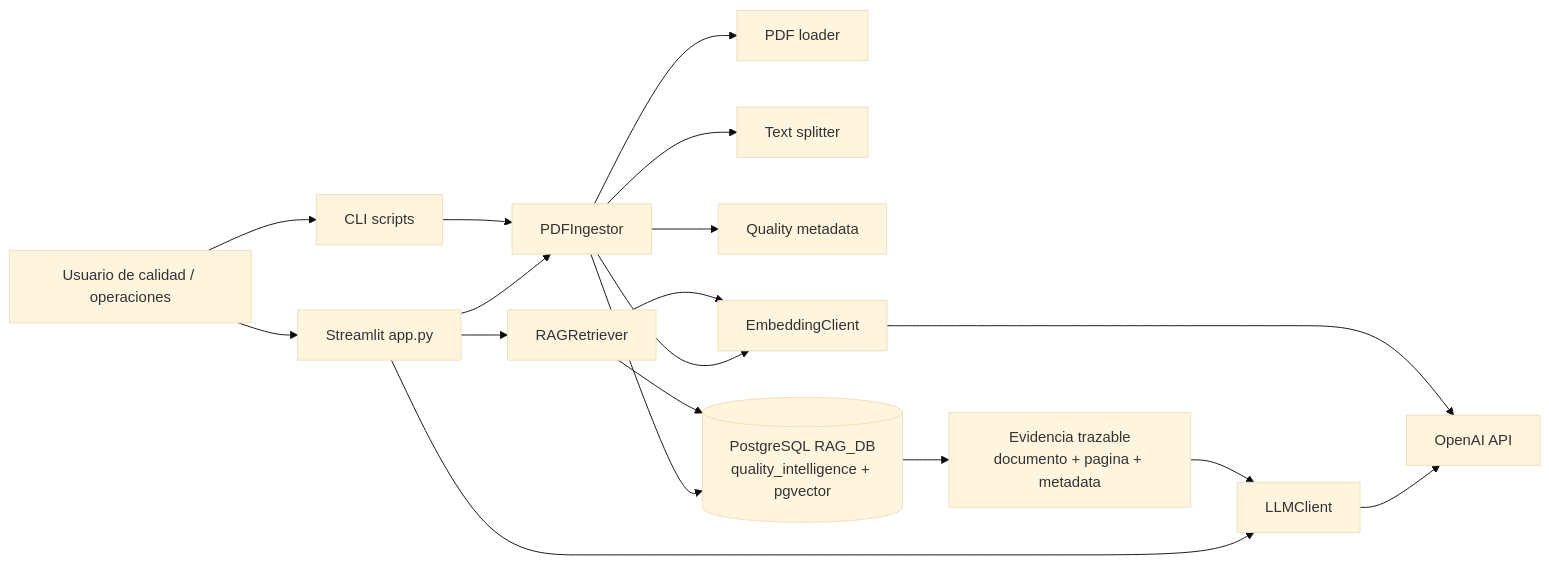
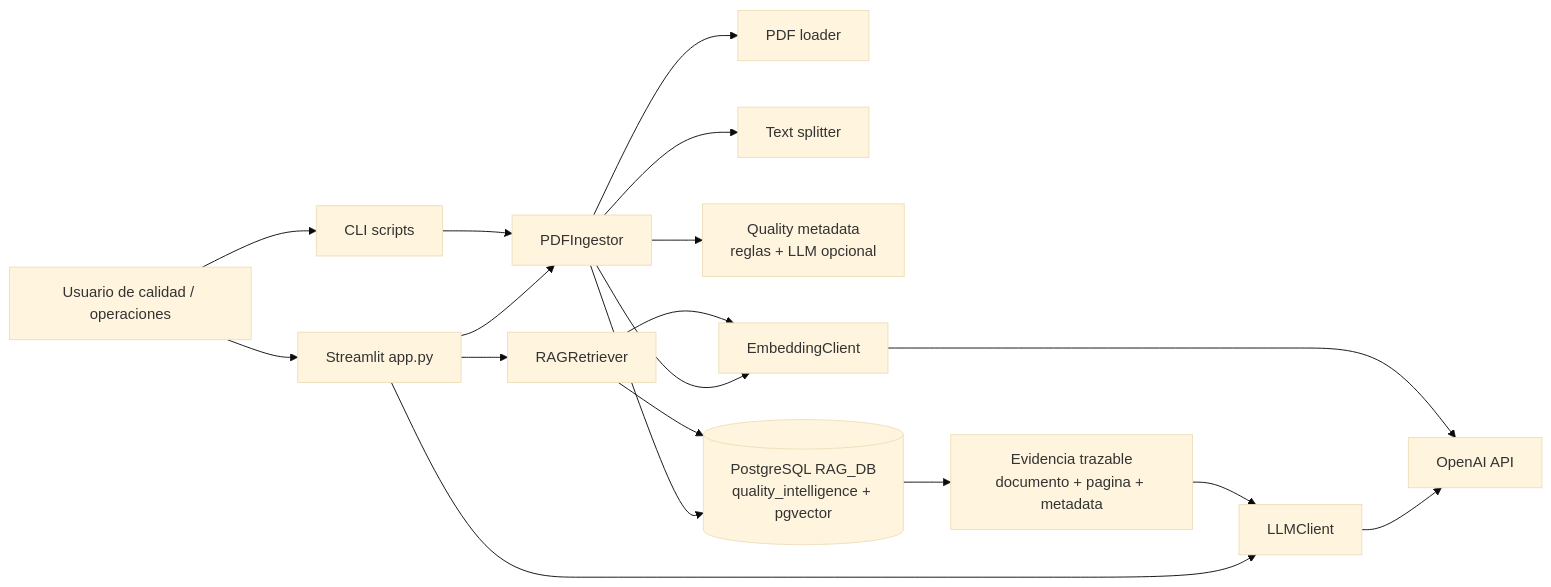
Before and after one commit to fjgonzalezmgt/RAG_QA: the first of 2 diagrams in README.md, drawn with Mermaid (base theme). The commit also changed other lines of this file and 11 other files, not shown here.

````diff
--- a/README.md
+++ b/README.md
@@ -201,24 +212,24 @@
 ```mermaid
 flowchart LR
     U["Usuario de calidad / operaciones"] --> ST["Streamlit app.py"]
     U --> CLI["CLI scripts"]
 
     ST --> ING["PDFIngestor"]
     ST --> RET["RAGRetriever"]
     ST --> LLM["LLMClient"]
     CLI --> ING
 
     ING --> PDF["PDF loader"]
     ING --> SPL["Text splitter"]
-    ING --> META["Quality metadata"]
+    ING --> META["Quality metadata<br/>reglas + LLM opcional"]
     ING --> EMB["EmbeddingClient"]
     ING --> PG[("PostgreSQL RAG_DB<br/>quality_intelligence + pgvector")]
 
     RET --> EMB
     RET --> PG
     LLM --> OAI["OpenAI API"]
     EMB --> OAI
 
     PG --> EV["Evidencia trazable<br/>documento + pagina + metadata"]
     EV --> LLM
 ```
````
